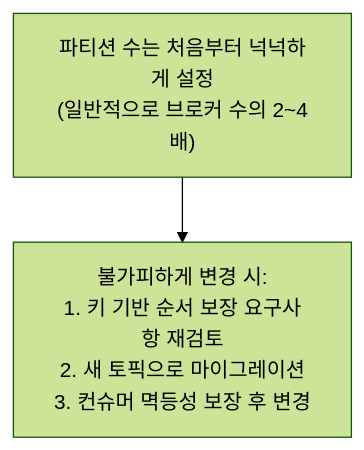
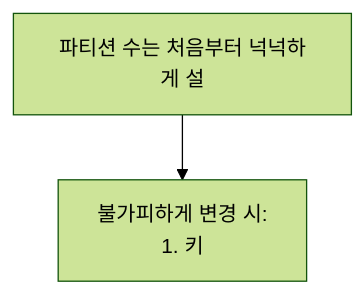
The ninth of 21 diagrams in _posts/kafka/2026-05-01-kafka-extreme-scenarios.md (yjkim2015/yjkim2015.github.io), drawn with Mermaid (forest theme) before and after one commit. The commit also changed other lines of this file and 271 other files, not shown here.

First line of the commit message:
Mermaid 라벨 축소: 긴 노드 텍스트 18자 이하로 트림 + \n 제거

````diff
--- a/_posts/kafka/2026-05-01-kafka-extreme-scenarios.md
+++ b/_posts/kafka/2026-05-01-kafka-extreme-scenarios.md
@@ -265,6 +265,6 @@
 ```mermaid
 graph TD
-    RULE1["파티션 수는 처음부터 넉넉하게 설정\n(일반적으로 브로커 수의 2~4배)"]
-    RULE2["불가피하게 변경 시:\n1. 키 기반 순서 보장 요구사항 재검토\n2. 새 토픽으로 마이그레이션\n3. 컨슈머 멱등성 보장 후 변경"]
+    RULE1["파티션 수는 처음부터 넉넉하게 설"]
+    RULE2["불가피하게 변경 시:\n1. 키"]
     RULE1 --> RULE2
 ```
````
